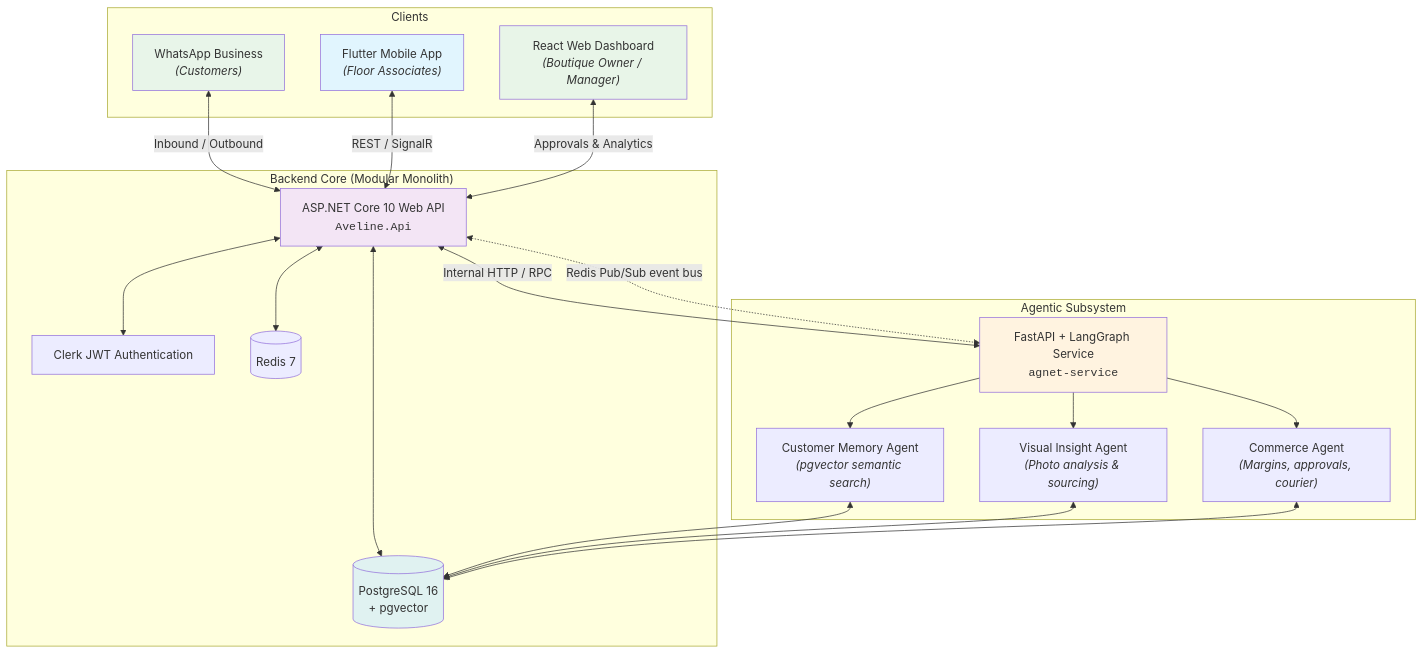
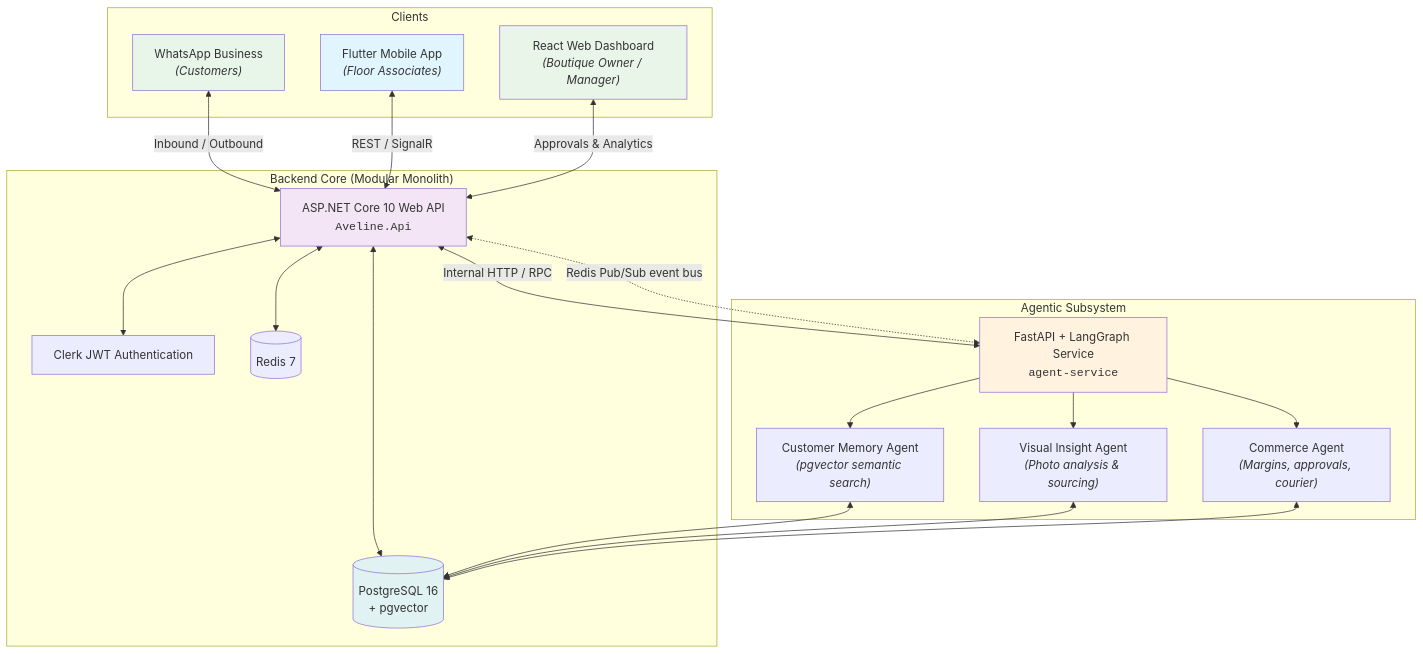
Before and after one commit to KavinduNirmal/aveline: the diagram in README.md, drawn with Mermaid. The commit also changed other lines of this file and 245 other files, not shown here.

First line of the commit message:
refactor(agent): rename agnet-service to agent-service

````diff
--- a/README.md
+++ b/README.md
@@ -24,40 +24,40 @@
 ```mermaid
 graph TD
     subgraph "Clients"
         Flutter["Flutter Mobile App<br/><i>(Floor Associates)</i>"]
         React["React Web Dashboard<br/><i>(Boutique Owner / Manager)</i>"]
         WhatsApp["WhatsApp Business<br/><i>(Customers)</i>"]
     end
 
     subgraph "Backend Core (Modular Monolith)"
         Api["ASP.NET Core 10 Web API<br/><code>Aveline.Api</code>"]
         Auth["Clerk JWT Authentication"]
         DB[(PostgreSQL 16<br/>+ pgvector)]
         Cache[(Redis 7)]
     end
 
     subgraph "Agentic Subsystem"
-        AgentSvc["FastAPI + LangGraph Service<br/><code>agnet-service</code>"]
+        AgentSvc["FastAPI + LangGraph Service<br/><code>agent-service</code>"]
         Agent1["Customer Memory Agent<br/><i>(pgvector semantic search)</i>"]
         Agent2["Visual Insight Agent<br/><i>(Photo analysis & sourcing)</i>"]
         Agent3["Commerce Agent<br/><i>(Margins, approvals, courier)</i>"]
     end
 
     WhatsApp <-->|Inbound / Outbound| Api
     Flutter <-->|REST / SignalR| Api
     React <-->|Approvals & Analytics| Api
     Api <--> Auth
     Api <--> DB
     Api <--> Cache
     Api <-->|Internal HTTP / RPC| AgentSvc
     Api <-.->|Redis Pub/Sub event bus| AgentSvc
     AgentSvc --> Agent1 & Agent2 & Agent3
     Agent1 & Agent2 & Agent3 <--> DB
 
     style Flutter fill:#e1f5fe
     style React fill:#e8f5e8
     style WhatsApp fill:#e8f5e9
     style Api fill:#f3e5f5
     style AgentSvc fill:#fff3e0
     style DB fill:#e0f2f1
 ```
````
